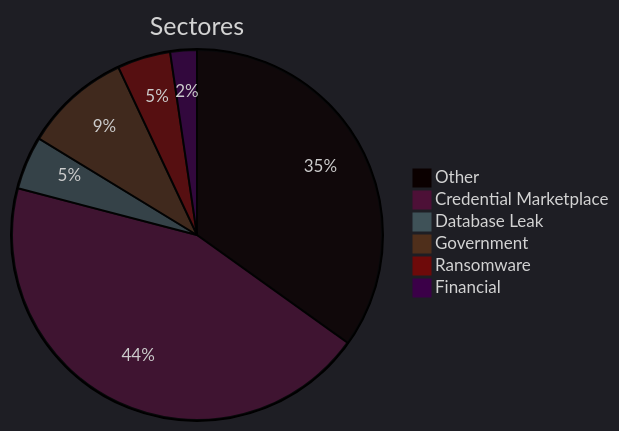
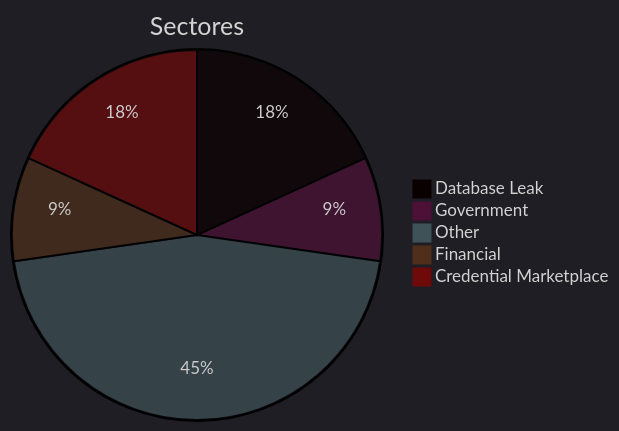
Before and after one commit to ZoqueLabs/website: the second of 5 diagrams in exfiltradaz.md, drawn with Mermaid. The commit also changed other lines of this file, not shown here.

````diff
--- a/exfiltradaz.md
+++ b/exfiltradaz.md
@@ -76,13 +56,12 @@
 ```mermaid
 ---
 config:
   theme: dark
 ---
 pie title Sectores
-  "Other" : 15
-  "Credential Marketplace" : 19
   "Database Leak" : 2
-  "Government" : 4
-  "Ransomware" : 2
+  "Government" : 1
+  "Other" : 5
   "Financial" : 1
+  "Credential Marketplace" : 2
 ```
````
